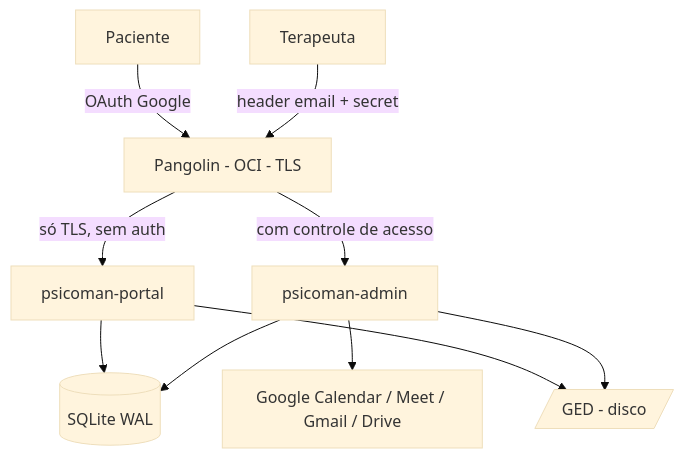
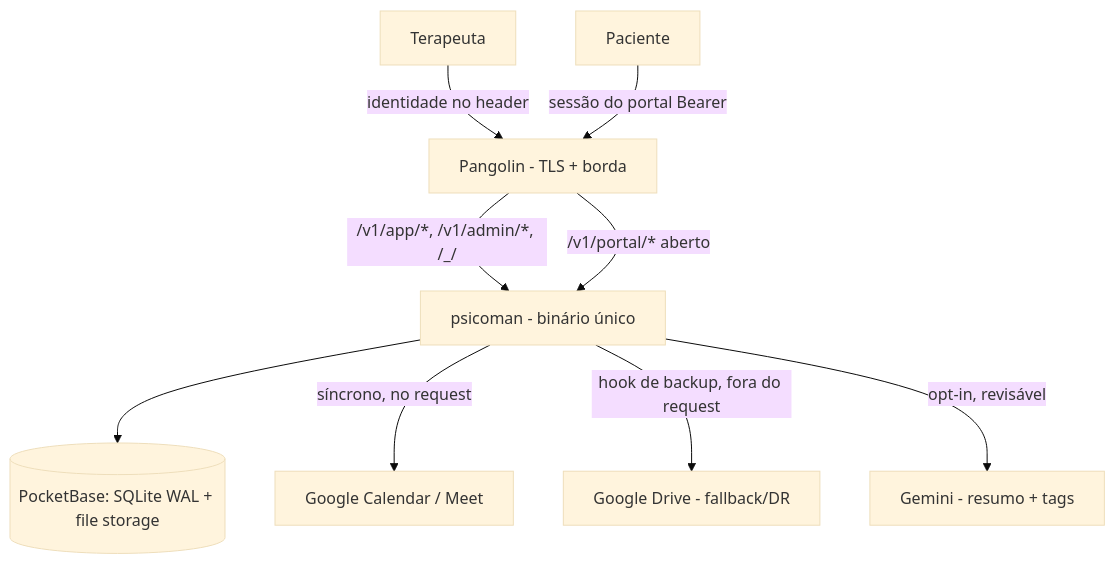
One commit to RafaelFino/psicoman changed the diagram in README.md. Above: the diagram before and after it, drawn with Mermaid (base theme). The commit also changed other lines of this file and 10 other files, not shown here.

````diff
--- a/README.md
+++ b/README.md
@@ -53,12 +15,11 @@
 ```mermaid
 flowchart TB
-    Terapeuta -->|header email + secret| Pangolin[Pangolin - OCI - TLS]
-    Paciente -->|OAuth Google| Pangolin
-    Pangolin -->|com controle de acesso| Admin[psicoman-admin]
-    Pangolin -->|só TLS, sem auth| Portal[psicoman-portal]
-    Admin --> DB[(SQLite WAL)]
-    Portal --> DB
-    Admin --> GED[/GED - disco/]
-    Portal --> GED
-    Admin --> Google[Google Calendar / Meet / Gmail / Drive]
+    Terapeuta -->|identidade no header| Pangolin[Pangolin - TLS + borda]
+    Paciente -->|sessão do portal Bearer| Pangolin
+    Pangolin -->|/v1/app/*, /v1/admin/*, /_/| Bin[psicoman - binário único]
+    Pangolin -->|/v1/portal/* aberto| Bin
+    Bin --> PB[(PocketBase: SQLite WAL + file storage)]
+    Bin -->|síncrono, no request| Cal[Google Calendar / Meet]
+    Bin -->|hook de backup, fora do request| Drive[Google Drive - fallback/DR]
+    Bin -->|opt-in, revisável| Gemini[Gemini - resumo + tags]
 ```
````
